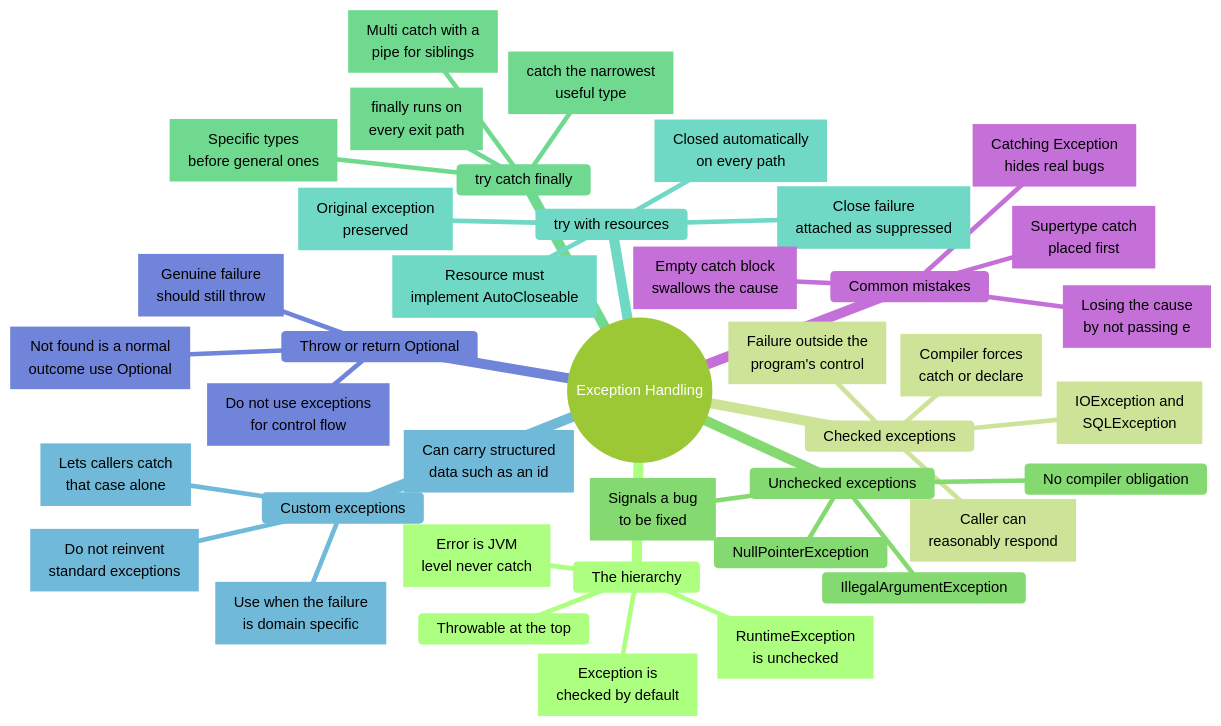
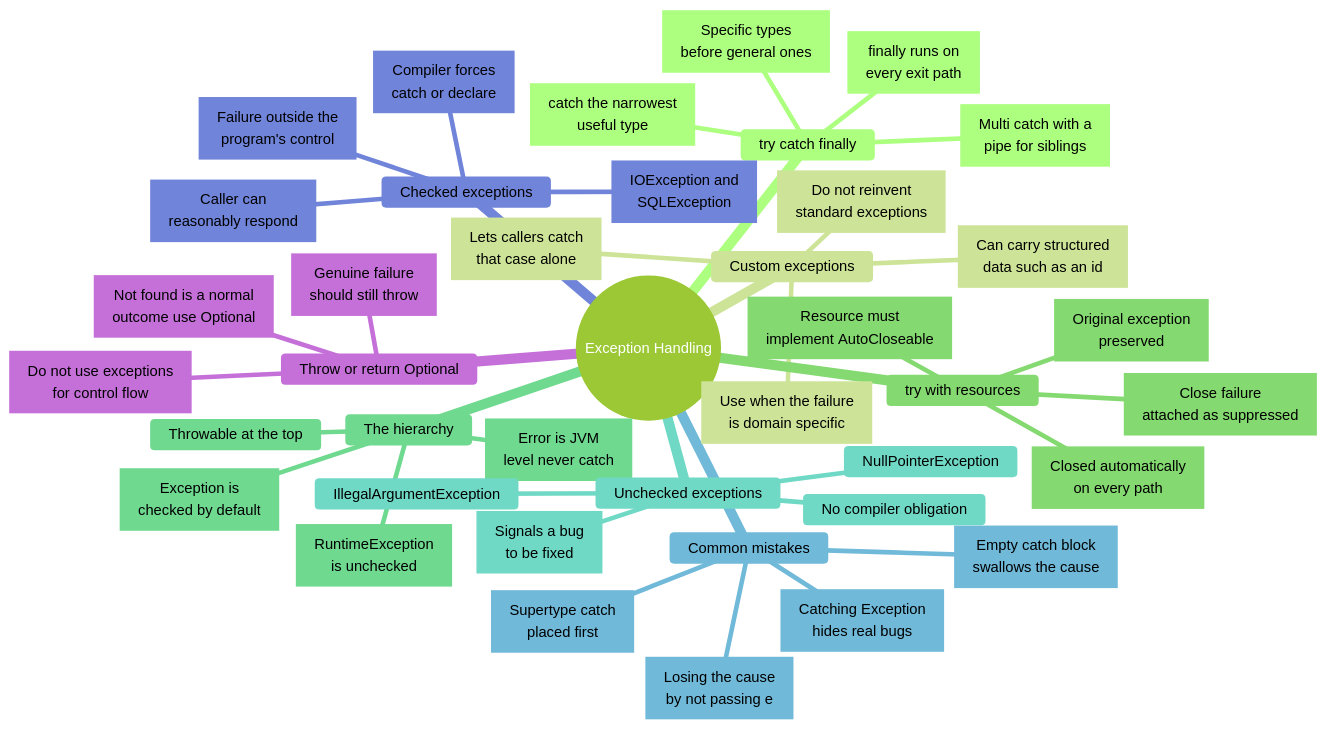
One commit to nmcguinness/L8-OOP-Module-Content changed the first of 13 diagrams in notes/shared/mind maps/revision_t10_t22.md. Above: the diagram before and after it, drawn with Mermaid. The commit also changed other lines of this file and 4 other files, not shown here.

Commit message:
fixed mindmap label truncation and added admonitions test

````diff
--- a/notes/shared/mind maps/revision_t10_t22.md
+++ b/notes/shared/mind maps/revision_t10_t22.md
@@ -38,82 +38,82 @@
 ```mermaid
 ---
 title: "Exception Handling"
 accDescr: "Mind map of Exception Handling. Branches: The hierarchy; Checked exceptions; Unchecked exceptions; try catch finally; try with resources; Custom exceptions; Throw or return Optional; Common mistakes."
 ---
 %%{init: { "theme": "forest", "markdownAutoWrap": false, "mindmap": { "maxNodeWidth": 300 } }}%%
 mindmap
   root((Exception Handling))
+    try catch finally
+      n9["`catch the narrowest
+      useful type`"]
+      n10["`Specific types
+      before general ones`"]
+      n11["`finally runs on
+      every exit path`"]
+      n12["`Multi catch with a
+      pipe for siblings`"]
+
+    Custom exceptions
+      n17["`Use when the failure
+      is domain specific`"]
+      n18["`Lets callers catch
+      that case alone`"]
+      n19["`Can carry structured
+      data such as an id`"]
+      n20["`Do not reinvent
+      standard exceptions`"]
+
+    try with resources
+      n13["`Resource must
+      implement AutoCloseable`"]
+      n14["`Closed automatically
+      on every path`"]
+      n15["`Original exception
+      preserved`"]
+      n16["`Close failure
+      attached as suppressed`"]
+
     The hierarchy
       Throwable at the top
       n1["`Error is JVM
       level never catch`"]
       n2["`Exception is
       checked by default`"]
       n3["`RuntimeException
       is unchecked`"]
+
+    Unchecked exceptions
+      No compiler obligation
+      n8["`Signals a bug
+      to be fixed`"]
+      IllegalArgumentException
+      NullPointerException
+
+    Common mistakes
+      n24["`Empty catch block
+      swallows the cause`"]
+      n25["`Catching Exception
+      hides real bugs`"]
+      n26["`Losing the cause
+      by not passing e`"]
+      n27["`Supertype catch
+      placed first`"]
 
     Checked exceptions
       n4["`Compiler forces
       catch or declare`"]
       n5["`Failure outside the
       program's control`"]
       n6["`IOException and
       SQLException`"]
       n7["`Caller can
       reasonably respond`"]
 
-    Unchecked exceptions
-      No compiler obligation
-      n8["`Signals a bug
-      to be fixed`"]
-      IllegalArgumentException
-      NullPointerException
-
-    try catch finally
-      n9["`catch the narrowest
-      useful type`"]
-      n10["`Specific types
-      before general ones`"]
-      n11["`finally runs on
-      every exit path`"]
-      n12["`Multi catch with a
-      pipe for siblings`"]
-
-    try with resources
-      n13["`Resource must
-      implement AutoCloseable`"]
-      n14["`Closed automatically
-      on every path`"]
-      n15["`Original exception
-      preserved`"]
-      n16["`Close failure
-      attached as suppressed`"]
-
-    Custom exceptions
-      n17["`Use when the failure
-      is domain specific`"]
-      n18["`Lets callers catch
-      that case alone`"]
-      n19["`Can carry structured
-      data such as an id`"]
-      n20["`Do not reinvent
-      standard exceptions`"]
-
     Throw or return Optional
       n21["`Not found is a normal
       outcome use Optional`"]
       n22["`Genuine failure
       should still throw`"]
       n23["`Do not use exceptions
       for control flow`"]
-
-    Common mistakes
-      n24["`Empty catch block
-      swallows the cause`"]
-      n25["`Catching Exception
-      hides real bugs`"]
-      n26["`Losing the cause
-      by not passing e`"]
-      n27["`Supertype catch
-      placed first`"]
 ```
````
